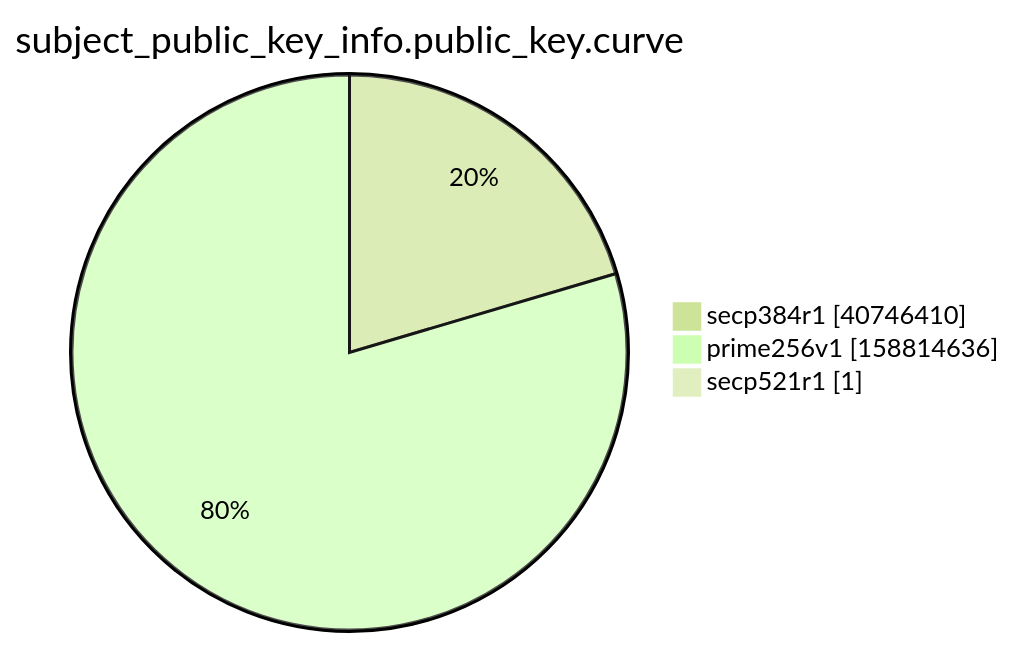
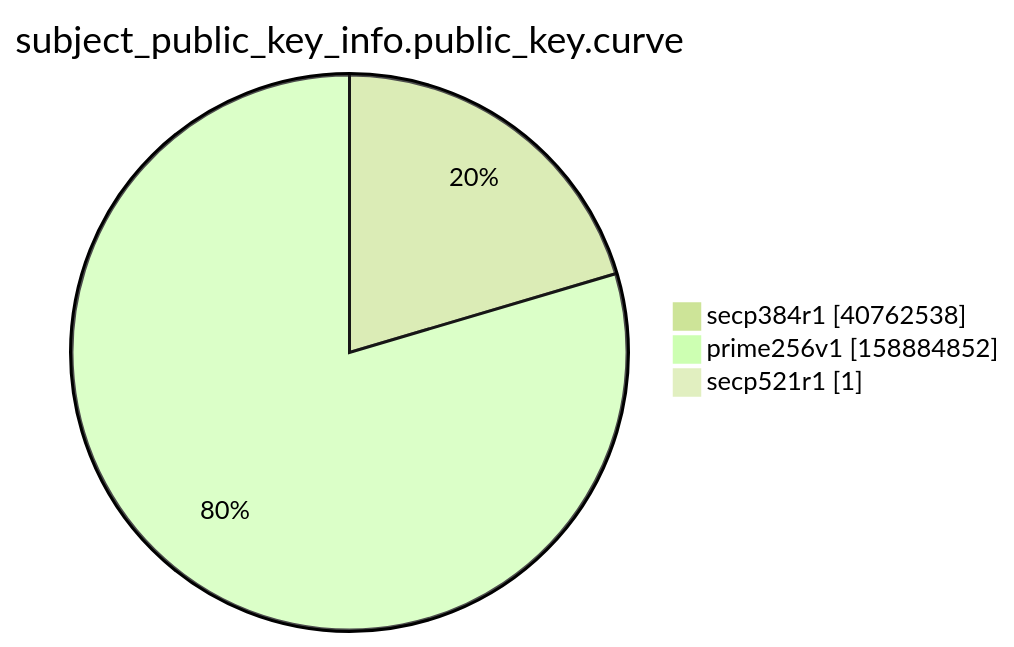
One commit to christiankrug/ctmonitor_visualization changed the ninth of 15 diagrams in xenon2022/README.md. Above: the diagram before and after it, drawn with Mermaid (forest theme). The commit also changed other lines of this file, not shown here.

````diff
--- a/xenon2022/README.md
+++ b/xenon2022/README.md
@@ -2867,7 +2867,7 @@
 ```mermaid
 pie showData
 title subject_public_key_info.public_key.curve
-"secp384r1" :40746410
-"prime256v1" :158814636
+"secp384r1" :40762538
+"prime256v1" :158884852
 "secp521r1" :1
 ```
````
